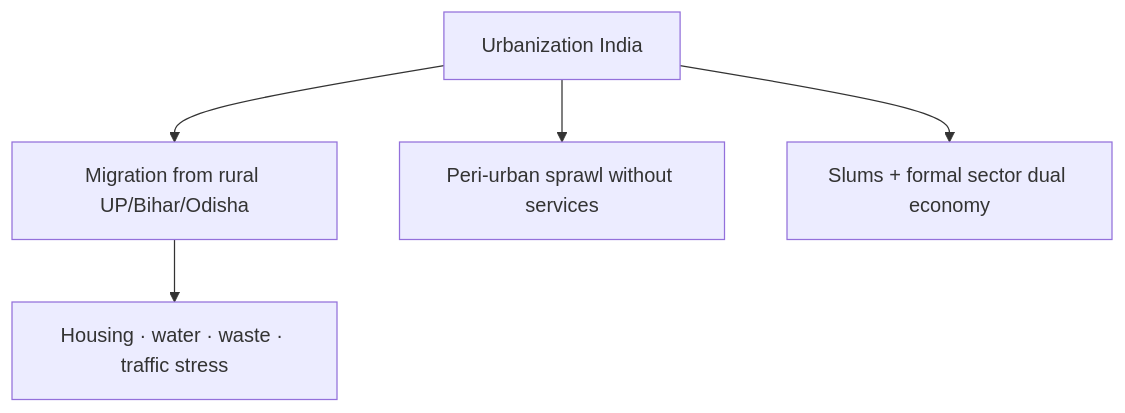
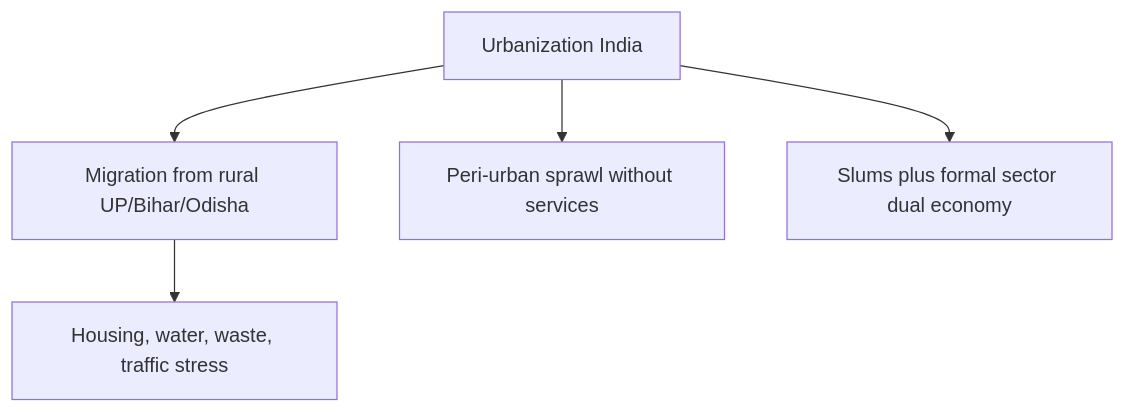
The diagram in mains-pyqs/GS-1/07_Society_Development/04_Urbanization_Slums_Remedies.md (nitishpratap/UP-PCS), drawn with Mermaid before and after one commit. The commit also changed other lines of this file and 97 other files, not shown here.

````diff
--- a/mains-pyqs/GS-1/07_Society_Development/04_Urbanization_Slums_Remedies.md
+++ b/mains-pyqs/GS-1/07_Society_Development/04_Urbanization_Slums_Remedies.md
@@ -84,7 +80,7 @@
 ```mermaid
 flowchart TD
   U[Urbanization India] --> M[Migration from rural UP/Bihar/Odisha]
   U --> P[Peri-urban sprawl without services]
-  U --> S[Slums + formal sector dual economy]
-  M --> PROB[Housing · water · waste · traffic stress]
+  U --> S[Slums plus formal sector dual economy]
+  M --> PROB[Housing, water, waste, traffic stress]
 ```
````
